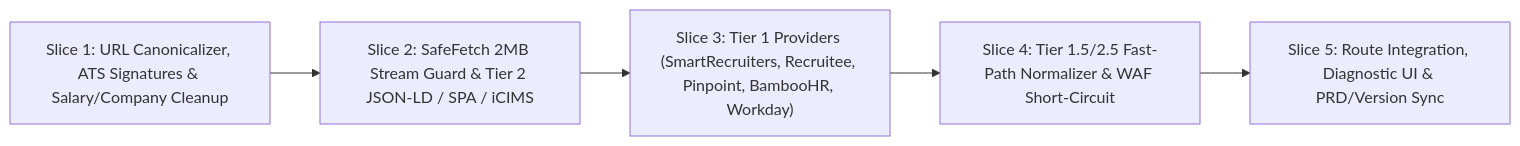
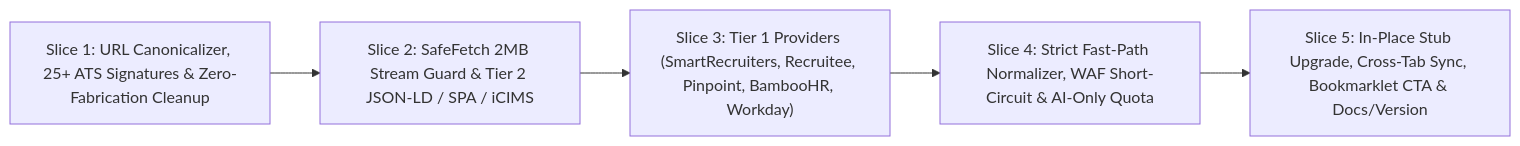
Before and after one commit to cchonguyen/Job-Application-Tracker-2.0: the second of 2 diagrams in docs/solutions/expanded-multi-portal-scanning.md, drawn with Mermaid. The commit also changed other lines of this file, not shown here.

Commit message:
docs(architecture): lock in v2.1 design decisions from /grill-me review

````diff
--- a/docs/solutions/expanded-multi-portal-scanning.md
+++ b/docs/solutions/expanded-multi-portal-scanning.md
@@ -433,7 +348,7 @@
 ```mermaid
 flowchart LR
-    S1["Slice 1: URL Canonicalizer, ATS Signatures & Salary/Company Cleanup"] --> S2["Slice 2: SafeFetch 2MB Stream Guard & Tier 2 JSON-LD / SPA / iCIMS"]
+    S1["Slice 1: URL Canonicalizer, 25+ ATS Signatures & Zero-Fabrication Cleanup"] --> S2["Slice 2: SafeFetch 2MB Stream Guard & Tier 2 JSON-LD / SPA / iCIMS"]
     S2 --> S3["Slice 3: Tier 1 Providers (SmartRecruiters, Recruitee, Pinpoint, BambooHR, Workday)"]
-    S3 --> S4["Slice 4: Tier 1.5/2.5 Fast-Path Normalizer & WAF Short-Circuit"]
-    S4 --> S5["Slice 5: Route Integration, Diagnostic UI & PRD/Version Sync"]
+    S3 --> S4["Slice 4: Strict Fast-Path Normalizer, WAF Short-Circuit & AI-Only Quota"]
+    S4 --> S5["Slice 5: In-Place Stub Upgrade, Cross-Tab Sync, Bookmarklet CTA & Docs/Version"]
 ```
````
